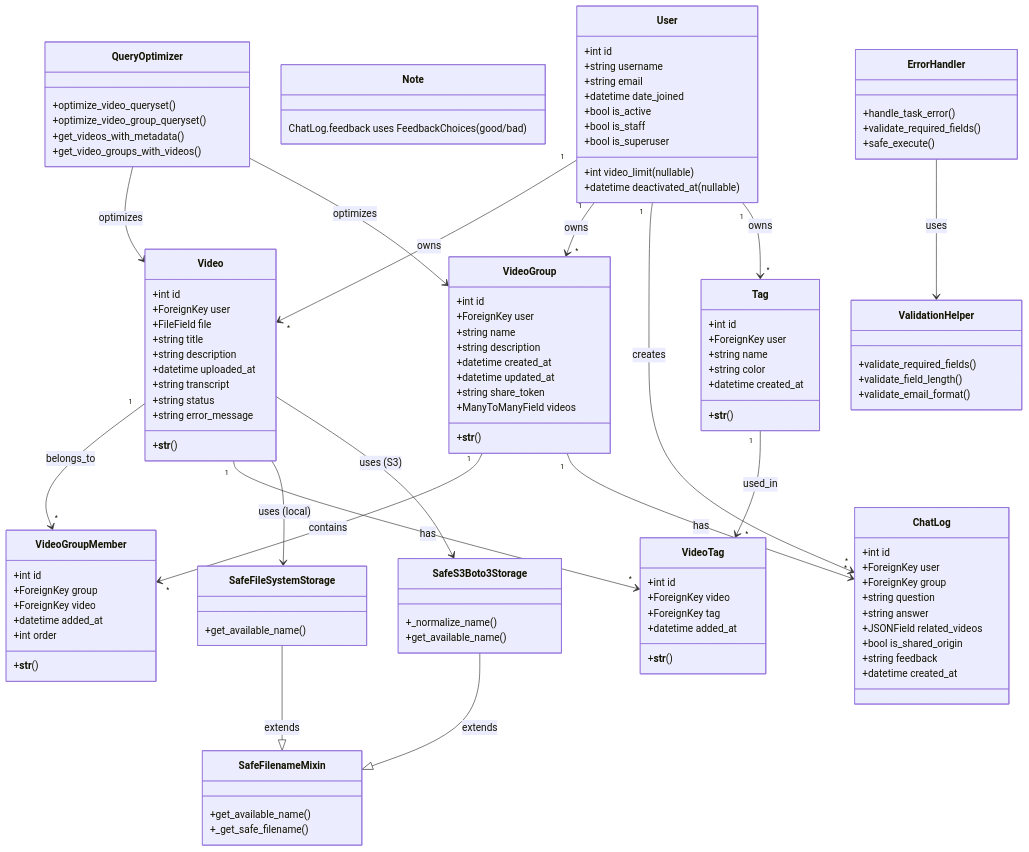
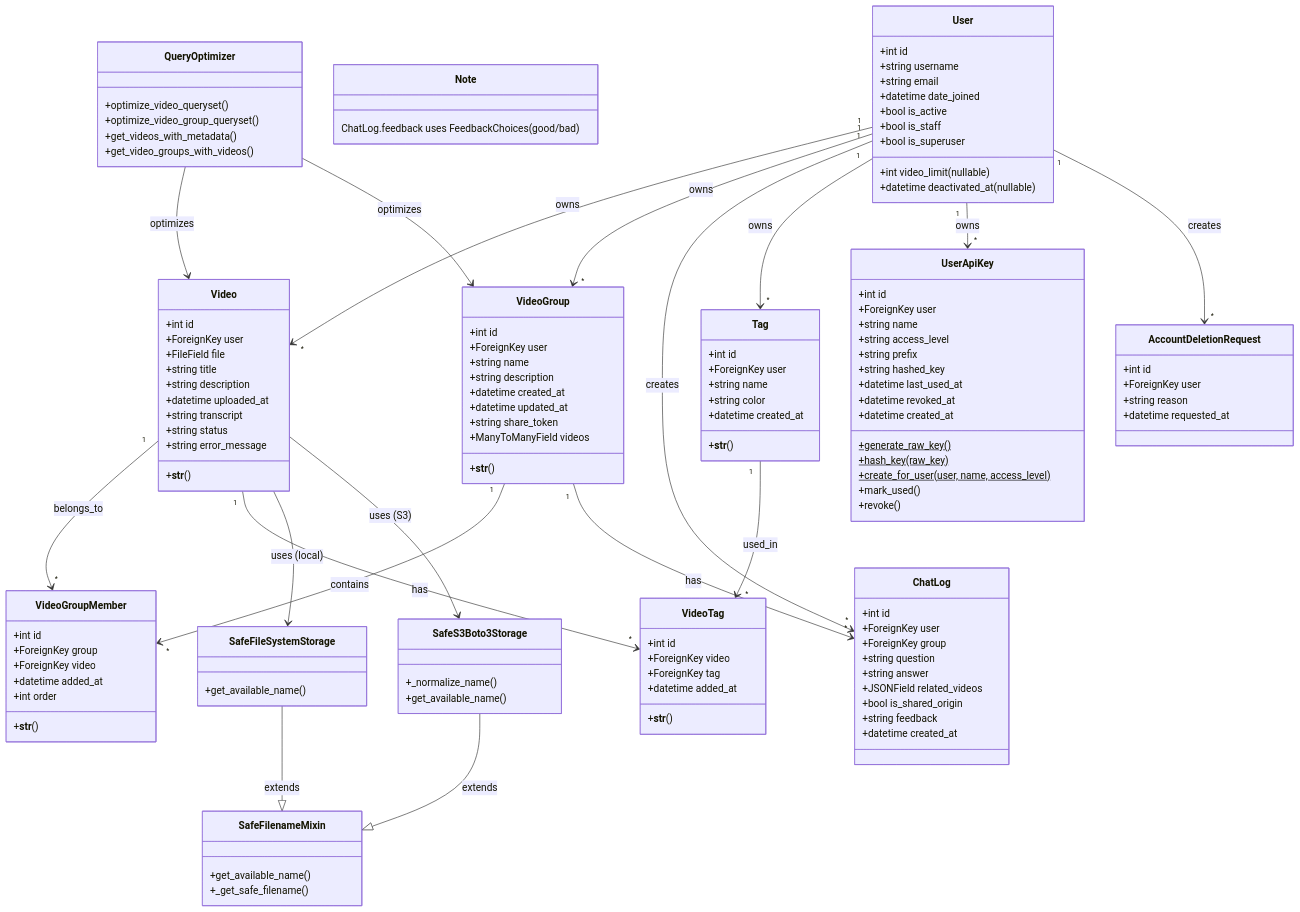
Before and after one commit to yukiharada1228/videoq: the first of 5 diagrams in docs/design/class-diagram.md, drawn with Mermaid. The commit also changed other lines of this file and 14 other files, not shown here.

First line of the commit message:
docs: sync architecture and design diagrams with latest implementation

````diff
--- a/docs/design/class-diagram.md
+++ b/docs/design/class-diagram.md
@@ -84,6 +84,30 @@
         +datetime added_at
         +__str__()
     }
+
+    class UserApiKey {
+        +int id
+        +ForeignKey user
+        +string name
+        +string access_level
+        +string prefix
+        +string hashed_key
+        +datetime last_used_at
+        +datetime revoked_at
+        +datetime created_at
+        +generate_raw_key()$
+        +hash_key(raw_key)$
+        +create_for_user(user, name, access_level)$
+        +mark_used()
+        +revoke()
+    }
+
+    class AccountDeletionRequest {
+        +int id
+        +ForeignKey user
+        +string reason
+        +datetime requested_at
+    }
     
     class SafeFilenameMixin {
         +get_available_name()
@@ -103,6 +127,8 @@
     User "1" --> "*" VideoGroup : owns
     User "1" --> "*" ChatLog : creates
     User "1" --> "*" Tag : owns
+    User "1" --> "*" UserApiKey : owns
+    User "1" --> "*" AccountDeletionRequest : creates
     VideoGroup "1" --> "*" VideoGroupMember : contains
     Video "1" --> "*" VideoGroupMember : belongs_to
     Video "1" --> "*" VideoTag : has
@@ -120,19 +146,6 @@
         +get_video_groups_with_videos()
     }
     
-    class ValidationHelper {
-        +validate_required_fields()
-        +validate_field_length()
-        +validate_email_format()
-    }
-    
-    class ErrorHandler {
-        +handle_task_error()
-        +validate_required_fields()
-        +safe_execute()
-    }
-    
     QueryOptimizer --> Video : optimizes
     QueryOptimizer --> VideoGroup : optimizes
-    ErrorHandler --> ValidationHelper : uses
 ```
````
